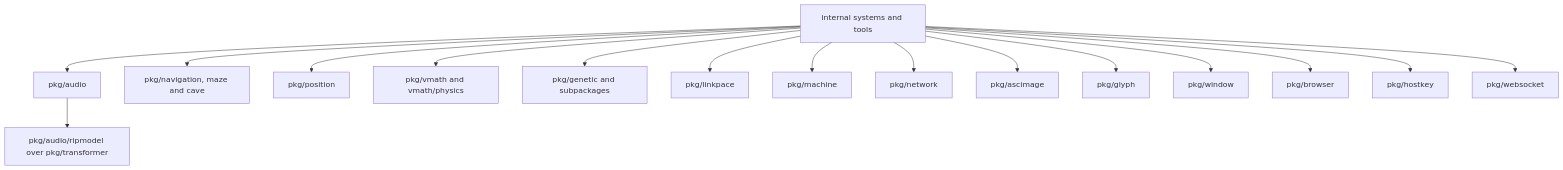
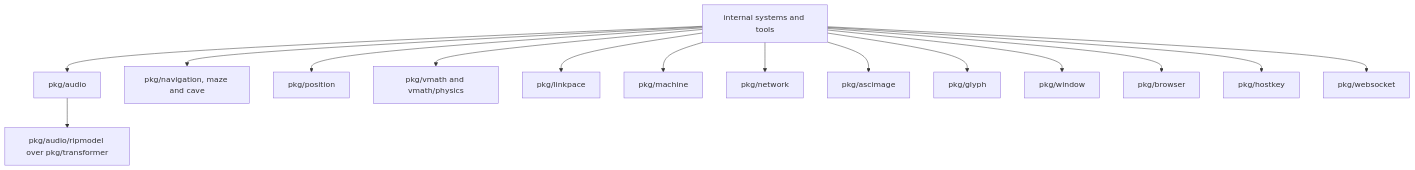
The fourth of 4 diagrams in doc/package-map.md (lixenwraith/vif), drawn with Mermaid before and after one commit. The commit also changed other lines of this file and 35 other files, not shown here.

First line of the commit message:
genetic: a module of its own in pkg/genetic, the lander as its example, taken through a replace (#999)

````diff
--- a/doc/package-map.md
+++ b/doc/package-map.md
@@ -112,18 +112,17 @@
 ```mermaid
 flowchart TD
     Game["internal systems and tools"] --> Audio["pkg/audio"]
     Game --> Nav["pkg/navigation, maze and cave"]
     Game --> Position["pkg/position"]
     Game --> Physics["pkg/vmath and vmath/physics"]
-    Game --> Genetic["pkg/genetic and subpackages"]
     Game --> Link["pkg/linkpace"]
     Game --> Machine["pkg/machine"]
     Game --> Network["pkg/network"]
     Game --> Image["pkg/ascimage"]
     Game --> Glyph["pkg/glyph"]
     Game --> Window["pkg/window"]
     Game --> Browser["pkg/browser"]
     Game --> HostKey["pkg/hostkey"]
     Game --> Socket["pkg/websocket"]
     Audio --> Net["pkg/audio/ripmodel over pkg/transformer"]
 ```
````
